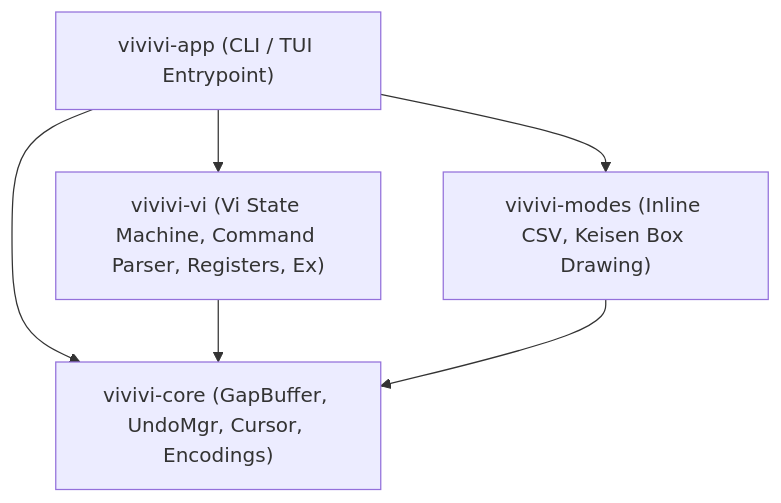
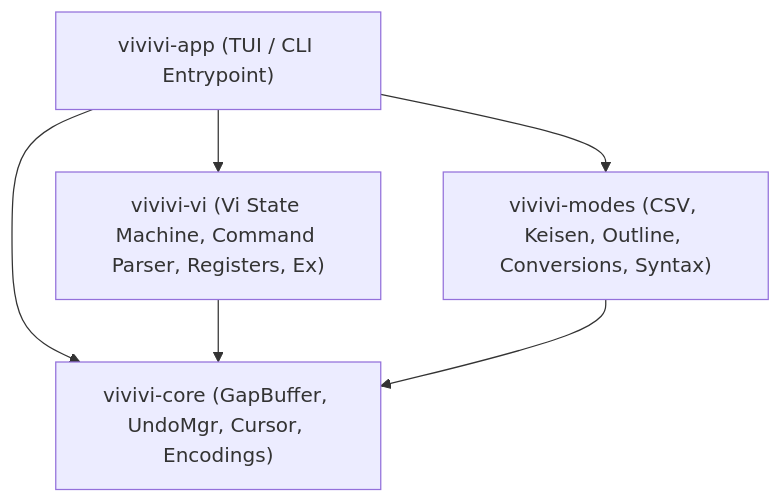
Before and after one commit to tkshnkgwr/vivivi: the diagram in README.md, drawn with Mermaid. The commit also changed other lines of this file and 34 other files, not shown here.

````diff
--- a/README.md
+++ b/README.md
@@ -49,13 +58,13 @@
 ```mermaid
 graph TD
-    App["vivivi-app (CLI / TUI Entrypoint)"]
+    App["vivivi-app (TUI / CLI Entrypoint)"]
     Core["vivivi-core (GapBuffer, UndoMgr, Cursor, Encodings)"]
     Vi["vivivi-vi (Vi State Machine, Command Parser, Registers, Ex)"]
-    Modes["vivivi-modes (Inline CSV, Keisen Box Drawing)"]
+    Modes["vivivi-modes (CSV, Keisen, Outline, Conversions, Syntax)"]
 
     App --> Vi
     App --> Modes
     App --> Core
     Vi --> Core
     Modes --> Core
 ```
````
